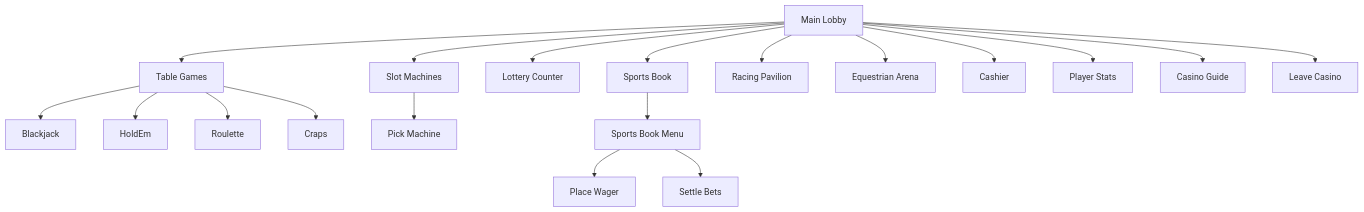
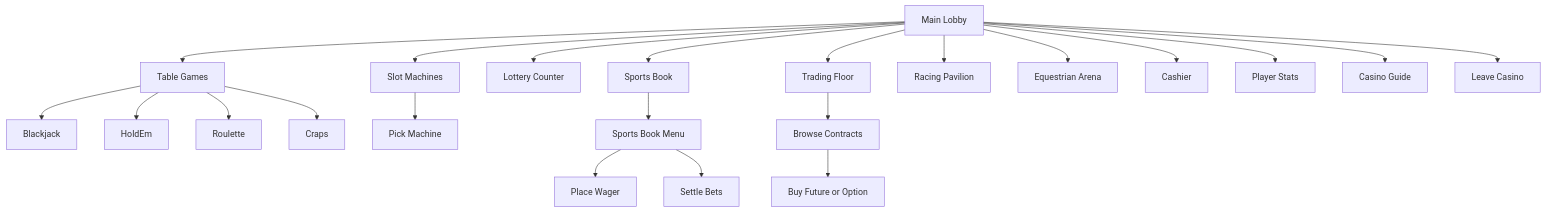
The diagram in docs/player-guide.md (Exios66/degen-llms), drawn with Mermaid before and after one commit. The commit also changed other lines of this file and 29 other files, not shown here.

First line of the commit message:
feat: stored sports/prediction DBs and Trading Floor

````diff
--- a/docs/player-guide.md
+++ b/docs/player-guide.md
@@ -9,23 +9,26 @@
 ```mermaid
 flowchart TD
     lobby[Main Lobby]
     lobby --> tableGames[Table Games]
     lobby --> slots[Slot Machines]
     lobby --> lottery[Lottery Counter]
     lobby --> sports[Sports Book]
+    lobby --> trading[Trading Floor]
     lobby --> racing[Racing Pavilion]
     lobby --> equestrian[Equestrian Arena]
     lobby --> cashier[Cashier]
     lobby --> stats[Player Stats]
     lobby --> guide[Casino Guide]
     lobby --> exit[Leave Casino]
 
     tableGames --> blackjack[Blackjack]
     tableGames --> holdem[HoldEm]
     tableGames --> roulette[Roulette]
     tableGames --> craps[Craps]
     slots --> machinePick[Pick Machine]
     sports --> bookMenu[Sports Book Menu]
     bookMenu --> wager[Place Wager]
     bookMenu --> settle[Settle Bets]
+    trading --> markets[Browse Contracts]
+    markets --> buy[Buy Future or Option]
 ```
````
